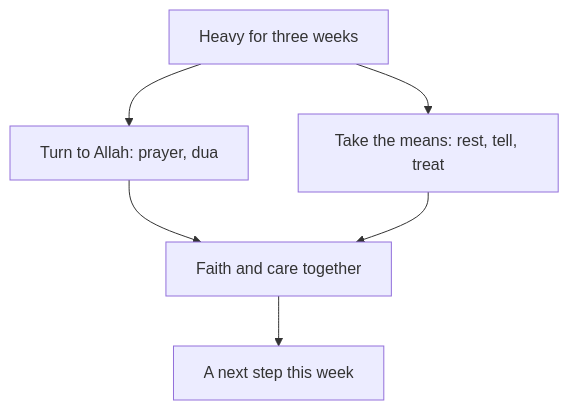
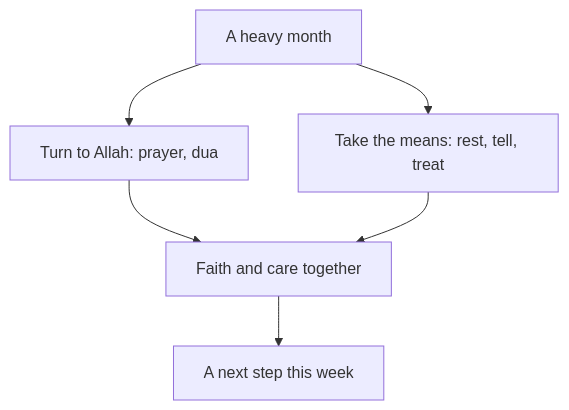
The diagram in content/import/faith-and-resilience/07-community-care-and-your-steady-plan/07.03-caring-for-body-and-mind.md (Muhammad-AnasKhan/Buildment), drawn with Mermaid before and after one commit. The commit also changed other lines of this file and 9 other files, not shown here.

````diff
--- a/content/import/faith-and-resilience/07-community-care-and-your-steady-plan/07.03-caring-for-body-and-mind.md
+++ b/content/import/faith-and-resilience/07-community-care-and-your-steady-plan/07.03-caring-for-body-and-mind.md
@@ -112,8 +112,8 @@
 ```mermaid
 flowchart TD
-  A["Heavy for three weeks"] --> B["Turn to Allah: prayer, dua"]
+  A["A heavy month"] --> B["Turn to Allah: prayer, dua"]
   A --> C["Take the means: rest, tell, treat"]
   B --> D["Faith and care together"]
   C --> D
   D --> E["A next step this week"]
 ```
````
